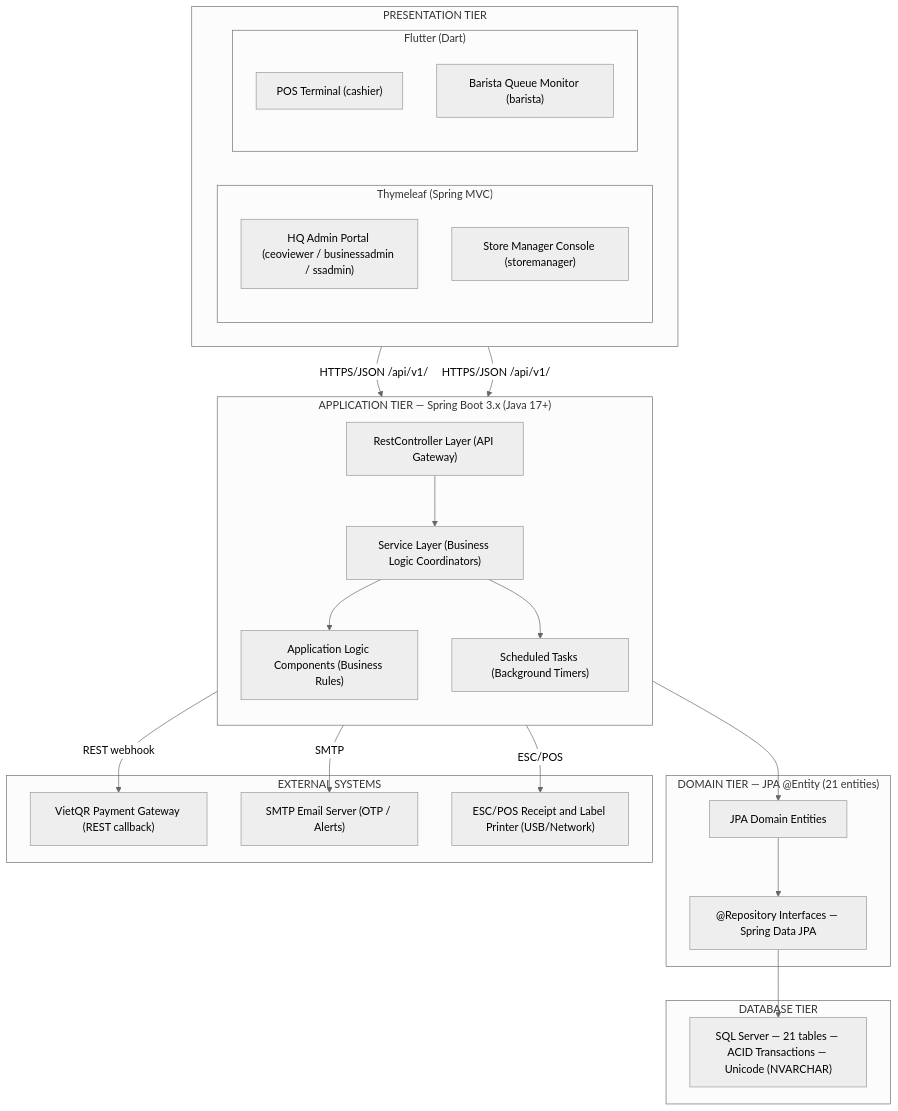
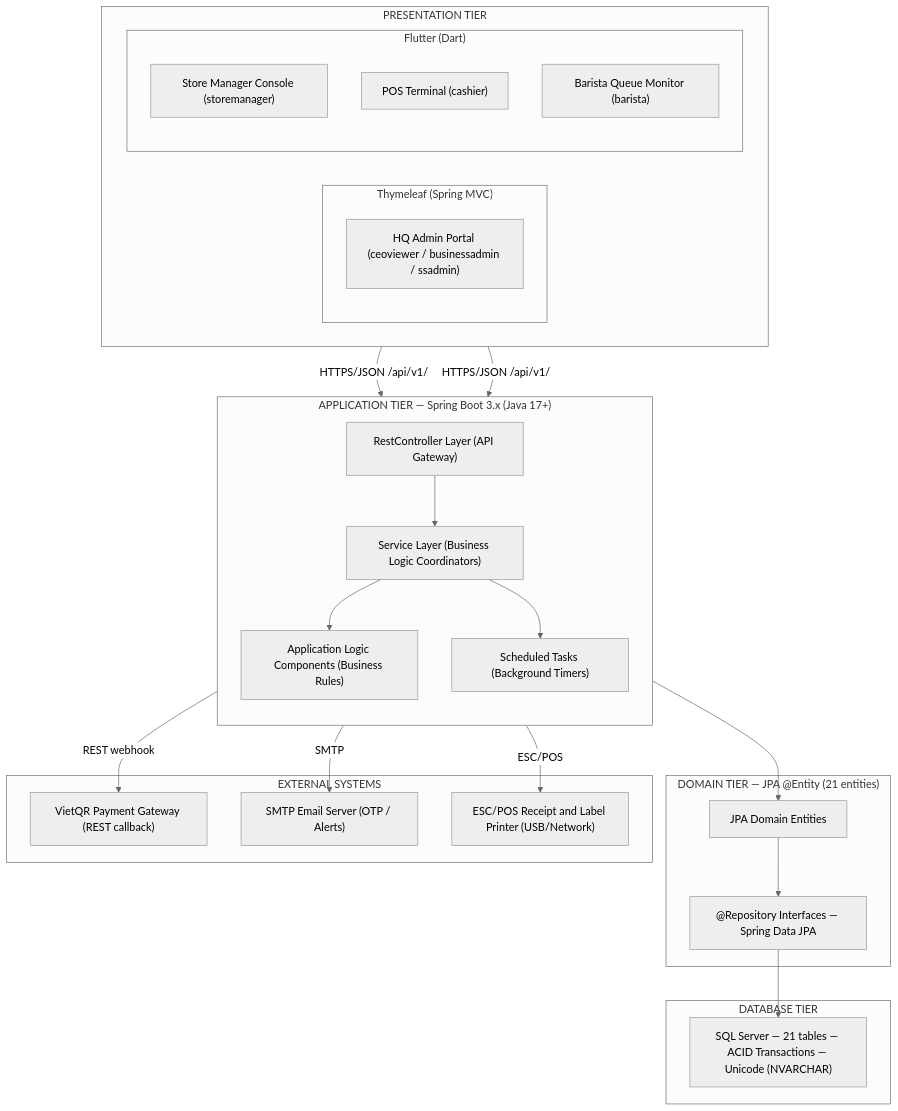
The first of 53 diagrams in RDS_Khoga_CoffeeShop_v1.0.md (Shaichi/Khoga_coffe_shop), drawn with Mermaid (neutral theme) before and after one commit. The commit also changed other lines of this file and 1 other file, not shown here.

Commit message:
docs(rds): Shift Store Manager platform from Thymeleaf Web to Flutter Mobile App

````diff
--- a/RDS_Khoga_CoffeeShop_v1.0.md
+++ b/RDS_Khoga_CoffeeShop_v1.0.md
@@ -64,49 +64,49 @@
 ```mermaid
 graph TB
     subgraph PRESENTATION["PRESENTATION TIER"]
         direction LR
         subgraph WEB["Thymeleaf (Spring MVC)"]
             HQ["HQ Admin Portal (ceoviewer / businessadmin / ssadmin)"]
-            MGR["Store Manager Console (storemanager)"]
         end
         subgraph FLUTTER["Flutter (Dart)"]
+            MGR["Store Manager Console (storemanager)"]
             POS["POS Terminal (cashier)"]
             BAR["Barista Queue Monitor (barista)"]
         end
     end
 
     subgraph APP["APPLICATION TIER — Spring Boot 3.x (Java 17+)"]
         direction TB
         CTRL["RestController Layer (API Gateway)"]
         SVC["Service Layer (Business Logic Coordinators)"]
         LOGIC["Application Logic Components (Business Rules)"]
         SCHED["Scheduled Tasks (Background Timers)"]
     end
 
     subgraph DOMAIN["DOMAIN TIER — JPA @Entity (21 entities)"]
         ENT["JPA Domain Entities"]
         REPO["@Repository Interfaces — Spring Data JPA"]
     end
 
     subgraph DB["DATABASE TIER"]
         SQLSERVER["SQL Server — 21 tables — ACID Transactions — Unicode (NVARCHAR)"]
     end
 
     subgraph EXT["EXTERNAL SYSTEMS"]
         VIETQR["VietQR Payment Gateway (REST callback)"]
         EMAIL["SMTP Email Server (OTP / Alerts)"]
         PRINTER["ESC/POS Receipt and Label Printer (USB/Network)"]
     end
 
     WEB -->|"HTTPS/JSON /api/v1/"| CTRL
     FLUTTER -->|"HTTPS/JSON /api/v1/"| CTRL
     CTRL --> SVC
     SVC --> LOGIC
     SVC --> SCHED
     SVC --> ENT
     ENT --> REPO
     REPO --> SQLSERVER
     CTRL -->|"REST webhook"| VIETQR
     SVC -->|"SMTP"| EMAIL
     APP -->|"ESC/POS"| PRINTER
 ```
````
